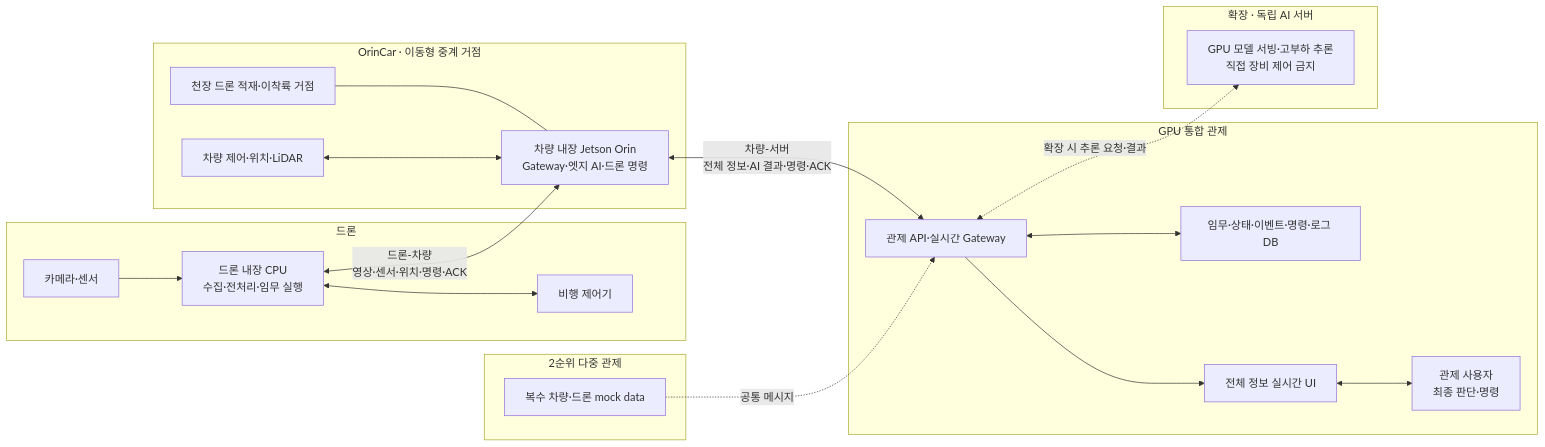
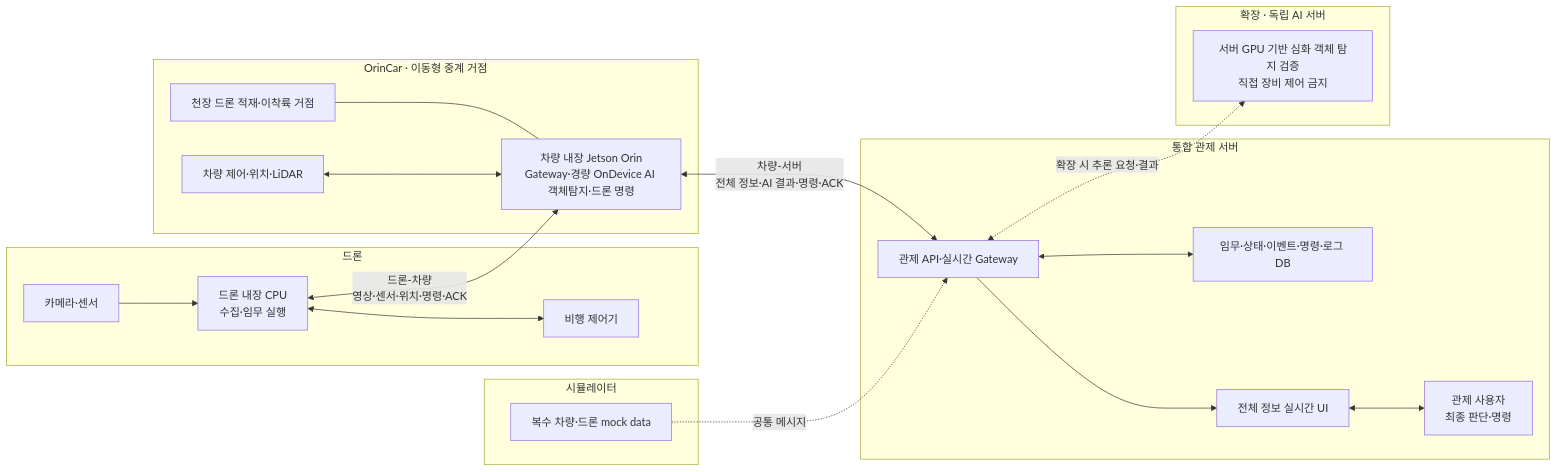
Before and after one commit to yeonsookr/ai-drone-vehicle-fire-rescue-control: the diagram in 기능명세서.md, drawn with Mermaid. The commit also changed other lines of this file and 1 other file, not shown here.

````diff
--- a/기능명세서.md
+++ b/기능명세서.md
@@ -91,39 +93,39 @@
 ```mermaid
 flowchart LR
     subgraph Drone["드론"]
         SEN["카메라·센서"]
-        DCPU["드론 내장 CPU<br/>수집·전처리·임무 실행"]
+        DCPU["드론 내장 CPU<br/>수집·임무 실행"]
         FC["비행 제어기"]
         SEN --> DCPU <--> FC
     end
 
     subgraph Vehicle["OrinCar · 이동형 중계 거점"]
         DOCK["천장 드론 적재·이착륙 거점"]
-        ORIN["차량 내장 Jetson Orin<br/>Gateway·엣지 AI·드론 명령"]
+        ORIN["차량 내장 Jetson Orin<br/>Gateway·경량 OnDevice AI 객체탐지·드론 명령"]
         CAR["차량 제어·위치·LiDAR"]
         DOCK --- ORIN
         CAR <--> ORIN
     end
 
-    subgraph Center["GPU 통합 관제"]
+    subgraph Center["통합 관제 서버"]
         API["관제 API·실시간 Gateway"]
         DB["임무·상태·이벤트·명령·로그 DB"]
         UI["전체 정보 실시간 UI"]
         OP["관제 사용자<br/>최종 판단·명령"]
         API <--> DB
         API --> UI <--> OP
     end
 
-    subgraph Mock["2순위 다중 관제"]
+    subgraph Mock["시뮬레이터"]
         MOCK["복수 차량·드론 mock data"]
     end
 
     subgraph Expansion["확장 · 독립 AI 서버"]
-        AISERVER["GPU 모델 서빙·고부하 추론<br/>직접 장비 제어 금지"]
+        AISERVER["서버 GPU 기반 심화 객체 탐지 검증<br/>직접 장비 제어 금지"]
     end
 
     DCPU <-->|"드론-차량<br/>영상·센서·위치·명령·ACK"| ORIN
     ORIN <-->|"차량-서버<br/>전체 정보·AI 결과·명령·ACK"| API
     MOCK -.->|"공통 메시지"| API
     API <-.->|"확장 시 추론 요청·결과"| AISERVER
 ```
````
